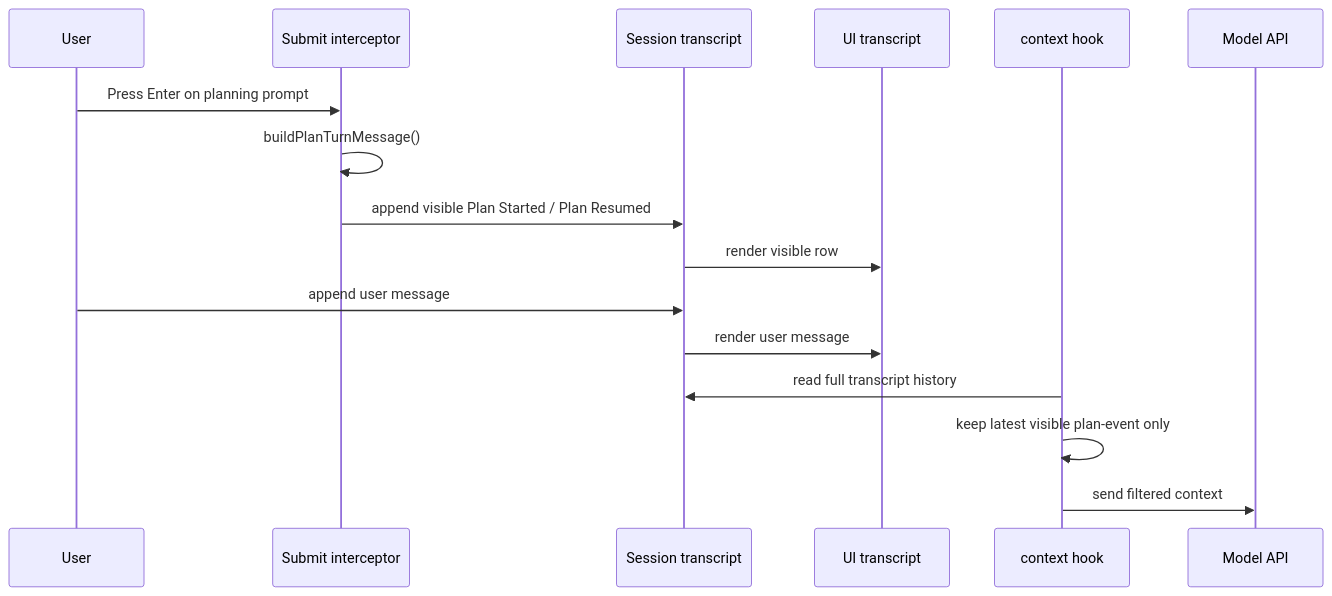
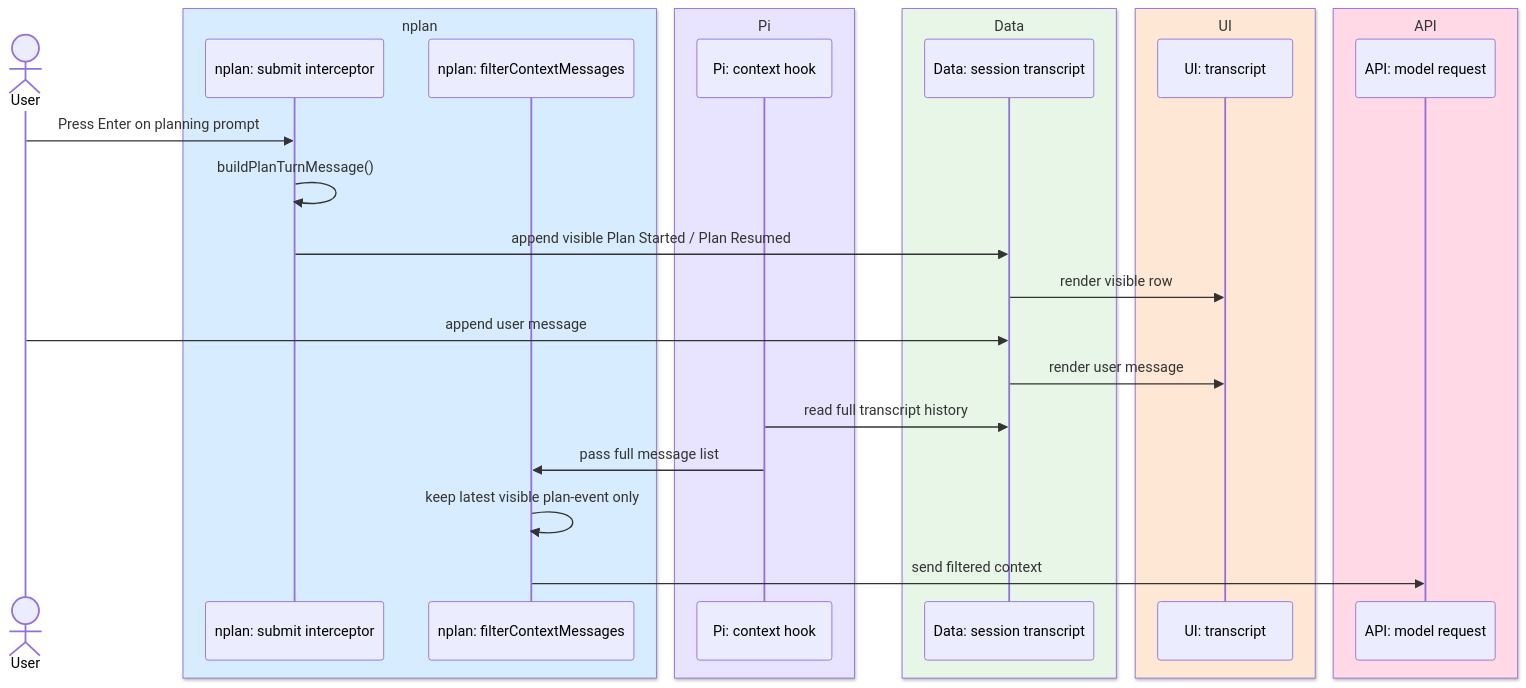
Before and after one commit to pyronaur/nplan: the third of 5 diagrams in docs/planning-message-lifecycle.md, drawn with Mermaid. The commit also changed other lines of this file, not shown here.

First line of the commit message:
Clarify ownership boundaries in planning message lifecycle docs

````diff
--- a/docs/planning-message-lifecycle.md
+++ b/docs/planning-message-lifecycle.md
@@ -66,19 +99,31 @@
 ```mermaid
 sequenceDiagram
-    participant U as User
-    participant T as Submit interceptor
-    participant S as Session transcript
-    participant UI as UI transcript
-    participant C as context hook
-    participant M as Model API
+    actor U as User
+    box rgb(216,236,255) nplan
+        participant T as nplan: submit interceptor
+        participant F as nplan: filterContextMessages
+    end
+    box rgb(232,227,255) Pi
+        participant C as Pi: context hook
+    end
+    box rgb(232,246,232) Data
+        participant S as Data: session transcript
+    end
+    box rgb(255,231,214) UI
+        participant UI as UI: transcript
+    end
+    box rgb(255,217,230) API
+        participant M as API: model request
+    end
 
     U->>T: Press Enter on planning prompt
     T->>T: buildPlanTurnMessage()
     T->>S: append visible Plan Started / Plan Resumed
     S->>UI: render visible row
     U->>S: append user message
     S->>UI: render user message
     C->>S: read full transcript history
-    C->>C: keep latest visible plan-event only
-    C->>M: send filtered context
+    C->>F: pass full message list
+    F->>F: keep latest visible plan-event only
+    F->>M: send filtered context
 ```
````
